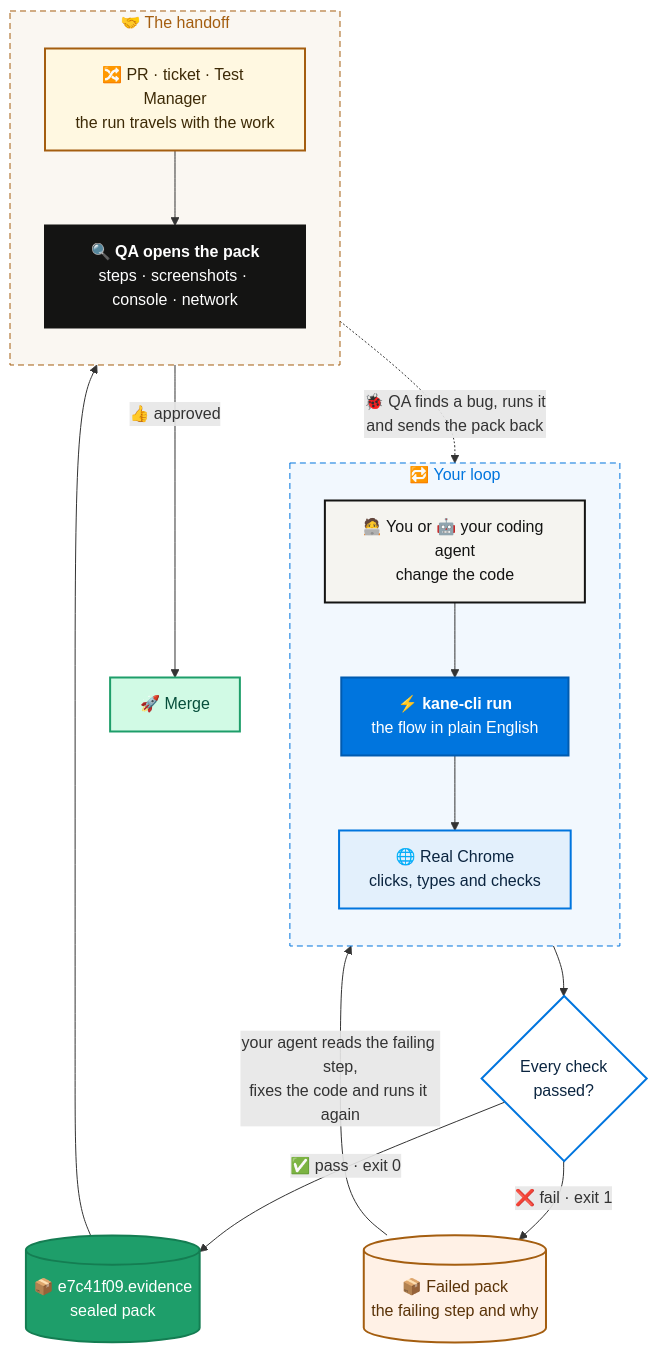
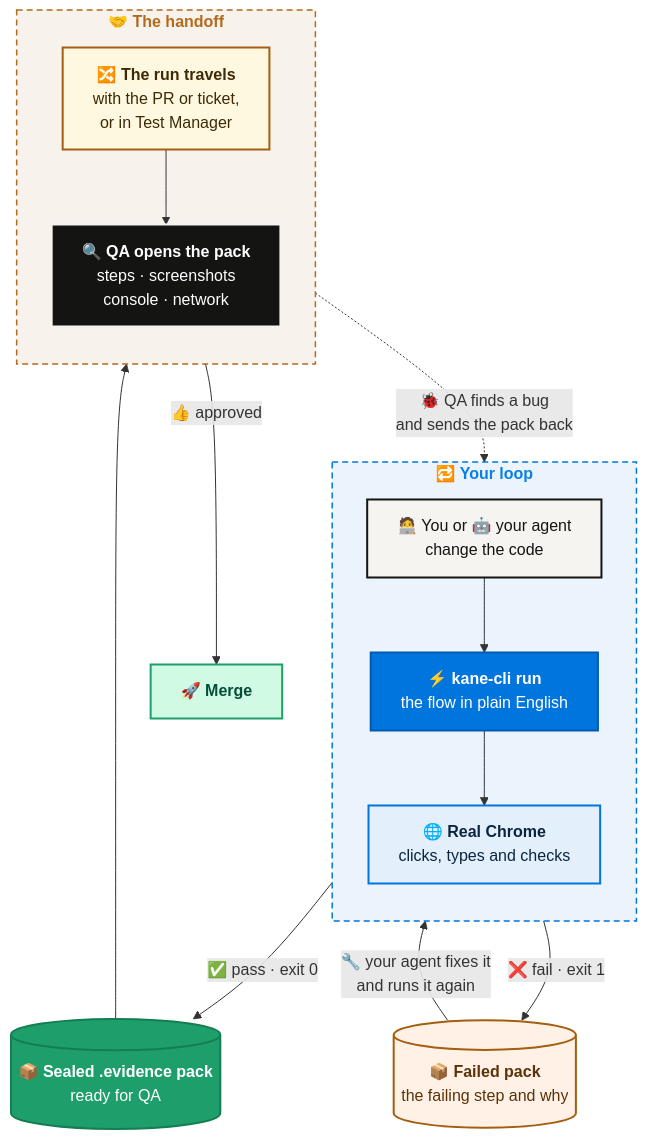
One commit to anubhavsinghmaar/readme-check changed the first of 2 diagrams in README.md. Above: the diagram before and after it, drawn with Mermaid. The commit also changed other lines of this file and 2 other files, not shown here.

Commit message:
Draft 4: review fixes (agent setup and star moved up, proof line, 2-column grid, corrected facts, record and replay chart)

````diff
--- a/README.md
+++ b/README.md
@@ -143,44 +217,41 @@
 ```mermaid
 flowchart TD
-    subgraph LOOP["🔁 Your loop"]
+    subgraph LOOP["<b>🔁 Your loop</b>"]
         direction TB
-        A["🧑‍💻 You or 🤖 your coding agent<br/>change the code"]
+        A["🧑‍💻 You or 🤖 your agent<br/>change the code"]
         B["⚡ <b>kane-cli run</b><br/>the flow in plain English"]
-        C["🌐 Real Chrome<br/>clicks, types and checks"]
+        C["🌐 <b>Real Chrome</b><br/>clicks, types and checks"]
         A --> B --> C
     end
-    C --> D{"Every check<br/>passed?"}
-    D -->|"✅ pass · exit 0"| E[("📦 e7c41f09.evidence<br/>sealed pack")]
-    D -->|"❌ fail · exit 1"| X[("📦 Failed pack<br/>the failing step and why")]
-    X -->|"your agent reads the failing step,<br/>fixes the code and runs it again"| A
+    C -->|"✅ pass · exit 0"| E[("📦 <b>Sealed .evidence pack</b><br/>ready for QA")]
+    C -->|"❌ fail · exit 1"| X[("📦 <b>Failed pack</b><br/>the failing step and why")]
+    X -->|"🔧 your agent fixes it<br/>and runs it again"| A
     E --> F
-    subgraph HANDOFF["🤝 The handoff"]
+    subgraph HANDOFF["<b>🤝 The handoff</b>"]
         direction TB
-        F["🔀 PR · ticket · Test Manager<br/>the run travels with the work"]
-        G["🔍 <b>QA opens the pack</b><br/>steps · screenshots · console · network"]
+        F["🔀 <b>The run travels</b><br/>with the PR or ticket,<br/>or in Test Manager"]
+        G["🔍 <b>QA opens the pack</b><br/>steps · screenshots<br/>console · network"]
         F --> G
     end
-    G -->|"👍 approved"| H["🚀 Merge"]
-    G -.->|"🐞 QA finds a bug, runs it<br/>and sends the pack back"| A
+    G -->|"👍 approved"| H["🚀 <b>Merge</b>"]
+    G -.->|"🐞 QA finds a bug<br/>and sends the pack back"| A
 
     classDef you fill:#F5F4F0,stroke:#141413,stroke-width:2px,color:#141413
     classDef kane fill:#0075DE,stroke:#005BB0,stroke-width:2px,color:#FFFFFF
     classDef chrome fill:#E3F0FC,stroke:#0075DE,stroke-width:2px,color:#0B2540
-    classDef check fill:#FFFFFF,stroke:#0075DE,stroke-width:2px,color:#0B2540
     classDef pass fill:#1E9E6A,stroke:#147D52,stroke-width:2px,color:#FFFFFF
     classDef fail fill:#FFF1E6,stroke:#A45E10,stroke-width:2px,color:#5A3308
     classDef hand fill:#FFF8E1,stroke:#A45E10,stroke-width:2px,color:#3D2A06
-    classDef qa fill:#141413,stroke:#141413,stroke-width:2px,color:#FFFFFF
+    classDef qa fill:#141413,stroke:#F5F4F0,stroke-width:2px,color:#FFFFFF
     classDef ship fill:#D1FAE5,stroke:#1E9E6A,stroke-width:2px,color:#064E3B
     class A you
     class B kane
     class C chrome
-    class D check
     class E pass
     class X fail
     class F hand
     class G qa
     class H ship
-    style LOOP fill:#0075DE0D,stroke:#0075DE,stroke-width:1px,stroke-dasharray:6 4,color:#0075DE
-    style HANDOFF fill:#A45E100D,stroke:#A45E10,stroke-width:1px,stroke-dasharray:6 4,color:#A45E10
+    style LOOP fill:#0075DE14,stroke:#0075DE,stroke-width:1.5px,stroke-dasharray:6 4,color:#0A7FE8
+    style HANDOFF fill:#A45E1014,stroke:#B26B1C,stroke-width:1.5px,stroke-dasharray:6 4,color:#B26B1C
 ```
````
